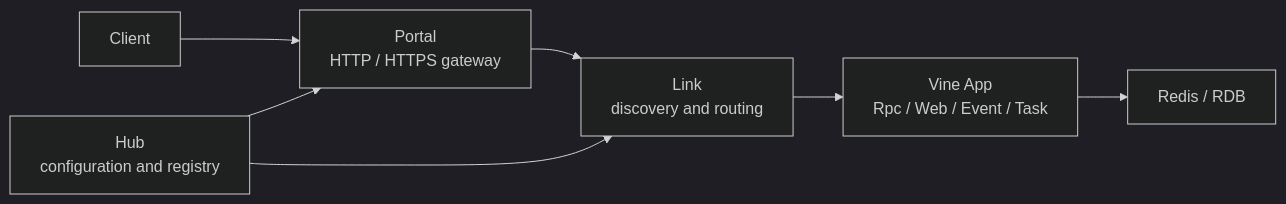
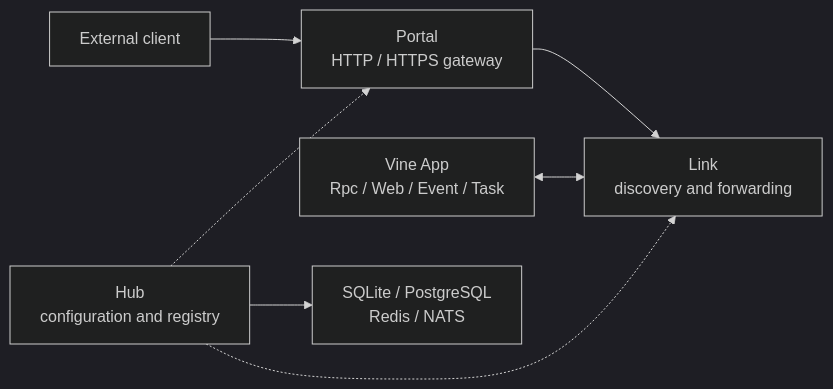
One commit to yorun-ai/vine changed the diagram in README.md. Above: the diagram before and after it, drawn with Mermaid (dark theme). The commit also changed other lines of this file and 1 other file, not shown here.

````diff
--- a/README.md
+++ b/README.md
@@ -28,9 +40,9 @@
 ```mermaid
 flowchart LR
-    Client["Client"] --> Portal["Portal<br/>HTTP / HTTPS gateway"]
-    Portal --> Link["Link<br/>discovery and routing"]
-    Link --> App["Vine App<br/>Rpc / Web / Event / Task"]
-    App --> Infra["Redis / RDB"]
-    Hub["Hub<br/>configuration and registry"] --> Portal
-    Hub --> Link
+    Client["External client"] --> Portal["Portal<br/>HTTP / HTTPS gateway"]
+    Portal --> Link["Link<br/>discovery and forwarding"]
+    App["Vine App<br/>Rpc / Web / Event / Task"] <--> Link
+    Hub["Hub<br/>configuration and registry"] -.-> Link
+    Hub -.-> Portal
+    Hub --> Infra["SQLite / PostgreSQL<br/>Redis / NATS"]
 ```
````
